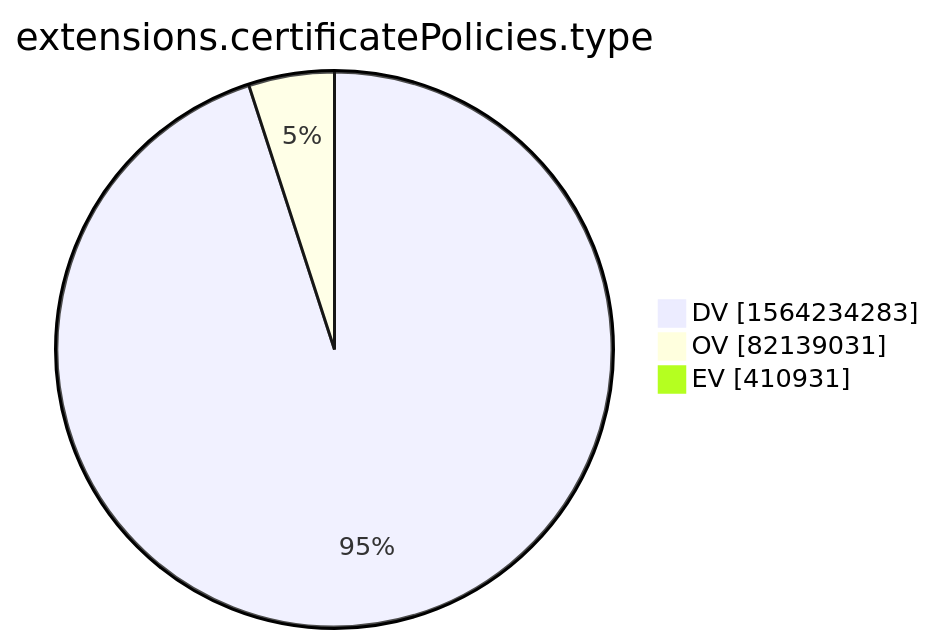
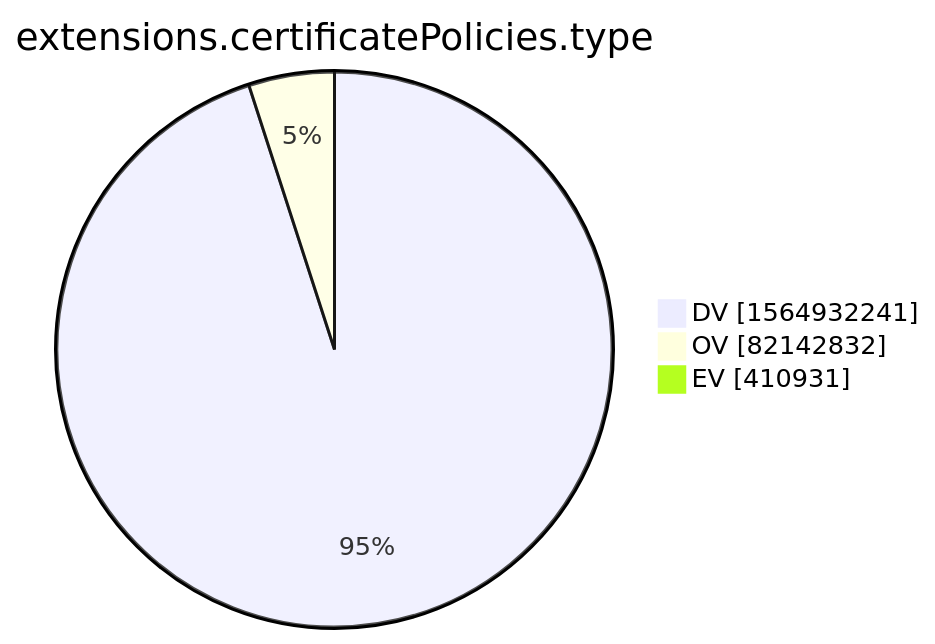
One commit to christiankrug/ctmonitor_visualization changed the tenth of 15 diagrams in xenon2022/README.md. Above: the diagram before and after it, drawn with Mermaid. The commit also changed other lines of this file, not shown here.

````diff
--- a/xenon2022/README.md
+++ b/xenon2022/README.md
@@ -2876,7 +2876,7 @@
 ```mermaid
 pie showData
 title extensions.certificatePolicies.type
-"DV" :1564234283
-"OV" :82139031
+"DV" :1564932241
+"OV" :82142832
 "EV" :410931
 ```
````
